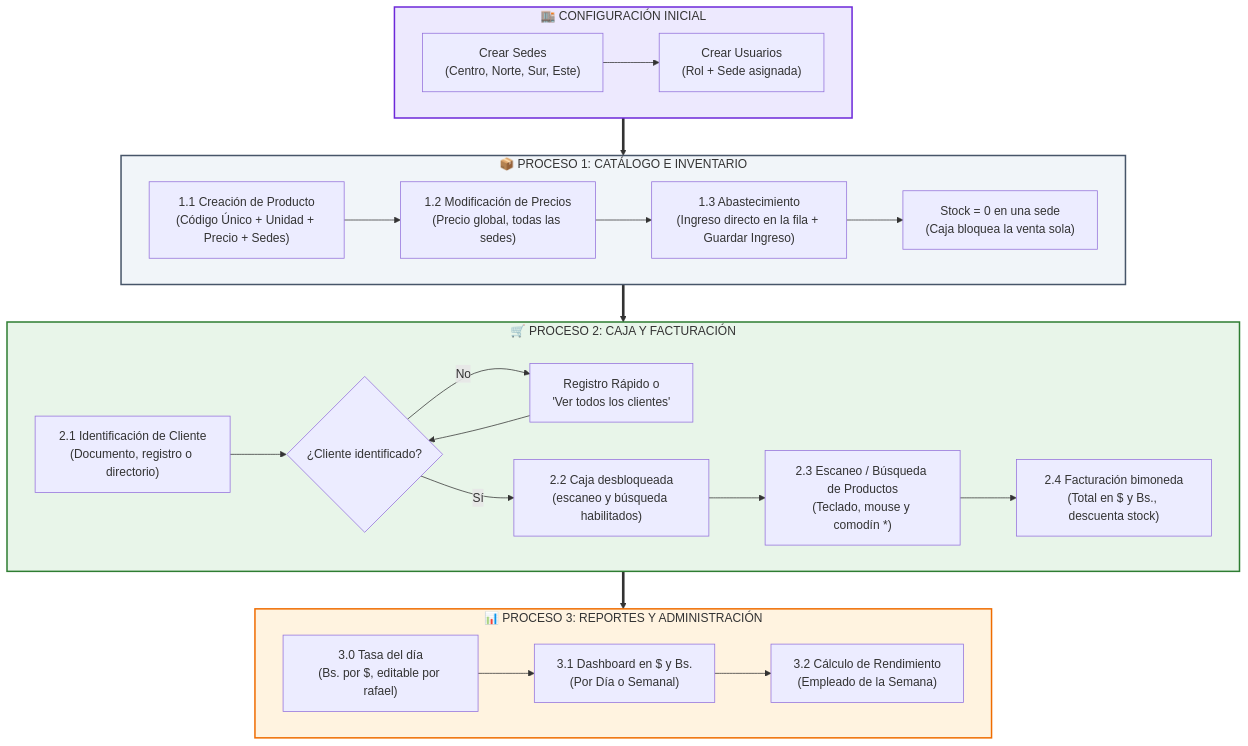
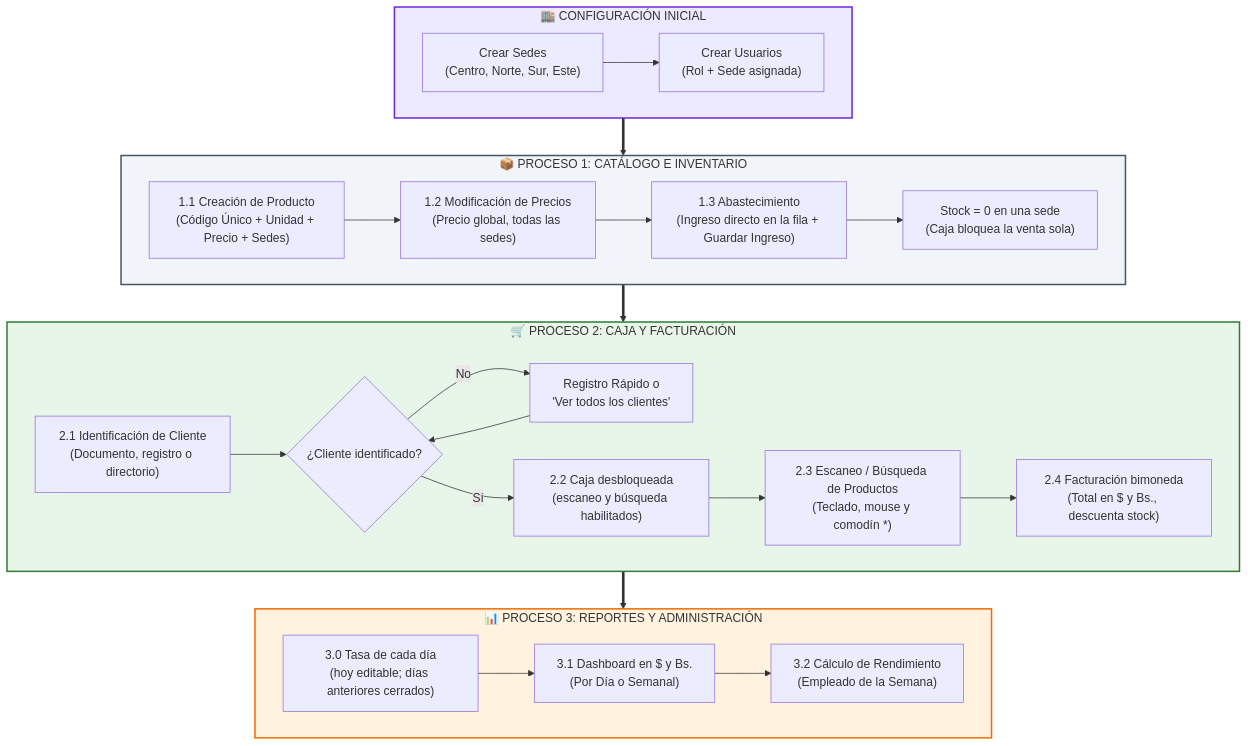
One commit to Gipsander/SuperPos changed the diagram in GUIA_DE_USUARIO.md. Above: the diagram before and after it, drawn with Mermaid. The commit also changed other lines of this file and 7 other files, not shown here.

Commit message:
feat: tasa bimoneda por dia, solo editable la de hoy

````diff
--- a/GUIA_DE_USUARIO.md
+++ b/GUIA_DE_USUARIO.md
@@ -26,35 +26,35 @@
 ```mermaid
 flowchart TD
     subgraph P0["🏬 CONFIGURACIÓN INICIAL"]
         S1["Crear Sedes\n(Centro, Norte, Sur, Este)"] --> S2["Crear Usuarios\n(Rol + Sede asignada)"]
     end
 
     subgraph P1["📦 PROCESO 1: CATÁLOGO E INVENTARIO"]
         C1["1.1 Creación de Producto\n(Código Único + Unidad + Precio + Sedes)"] --> C2["1.2 Modificación de Precios\n(Precio global, todas las sedes)"]
         C2 --> C3["1.3 Abastecimiento\n(Ingreso directo en la fila + Guardar Ingreso)"]
         C3 --> C4["Stock = 0 en una sede\n(Caja bloquea la venta sola)"]
     end
 
     subgraph P2["🛒 PROCESO 2: CAJA Y FACTURACIÓN"]
         I1["2.1 Identificación de Cliente\n(Documento, registro o directorio)"] --> I2{"¿Cliente identificado?"}
         I2 -- "No" --> I3["Registro Rápido o\n'Ver todos los clientes'"]
         I3 --> I2
         I2 -- "Sí" --> I4["2.2 Caja desbloqueada\n(escaneo y búsqueda habilitados)"]
         I4 --> I5["2.3 Escaneo / Búsqueda de Productos\n(Teclado, mouse y comodín *)"]
         I5 --> I6["2.4 Facturación bimoneda\n(Total en $ y Bs., descuenta stock)"]
     end
 
     subgraph P3["📊 PROCESO 3: REPORTES Y ADMINISTRACIÓN"]
-        R0["3.0 Tasa del día\n(Bs. por $, editable por rafael)"] --> R1["3.1 Dashboard en $ y Bs.\n(Por Día o Semanal)"]
+        R0["3.0 Tasa de cada día\n(hoy editable; días anteriores cerrados)"] --> R1["3.1 Dashboard en $ y Bs.\n(Por Día o Semanal)"]
         R1 --> R2["3.2 Cálculo de Rendimiento\n(Empleado de la Semana)"]
     end
 
     P0 ==> P1
     P1 ==> P2
     P2 ==> P3
 
     style P0 fill:#ede9fe,stroke:#6d28d9,stroke-width:2px
     style P1 fill:#f1f5f9,stroke:#475569,stroke-width:2px
     style P2 fill:#e8f5e9,stroke:#2e7d32,stroke-width:2px
     style P3 fill:#fff3e0,stroke:#ef6c00,stroke-width:2px
 ```
````
